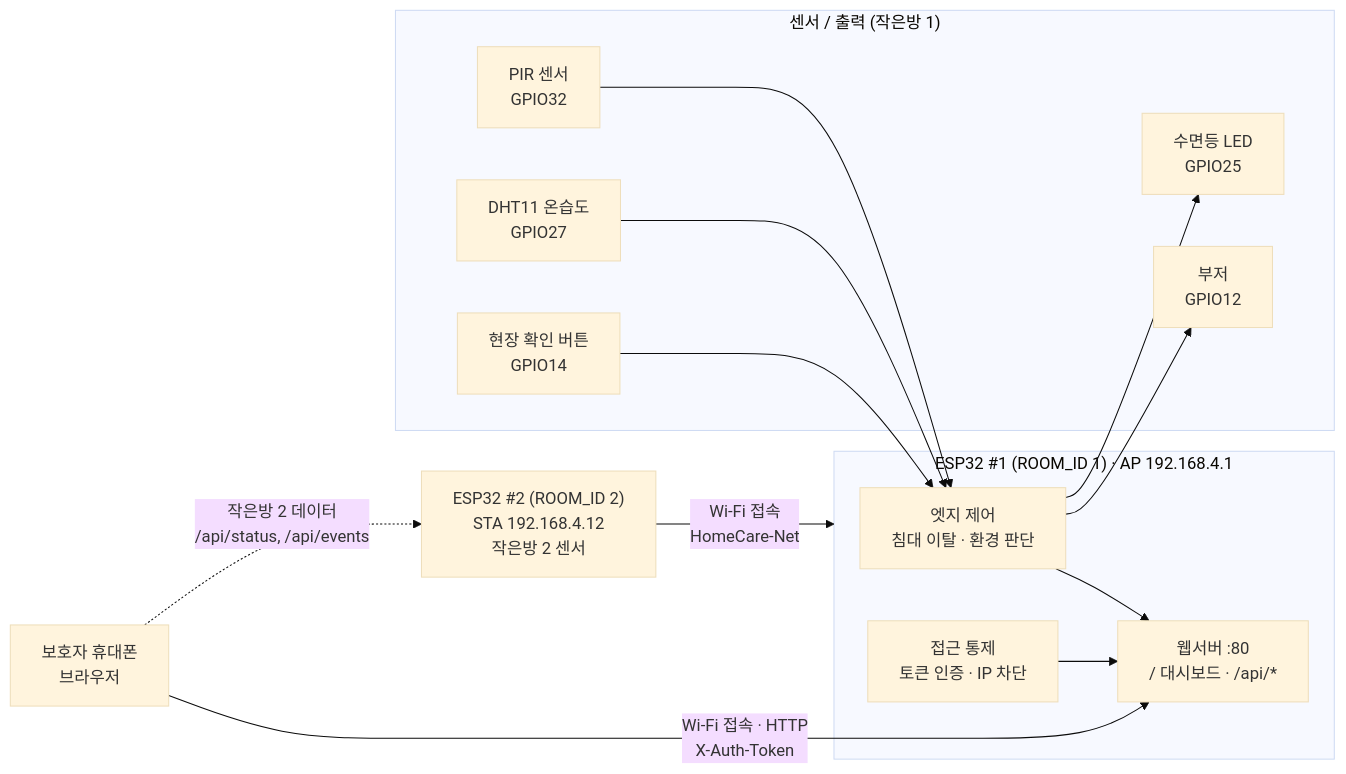
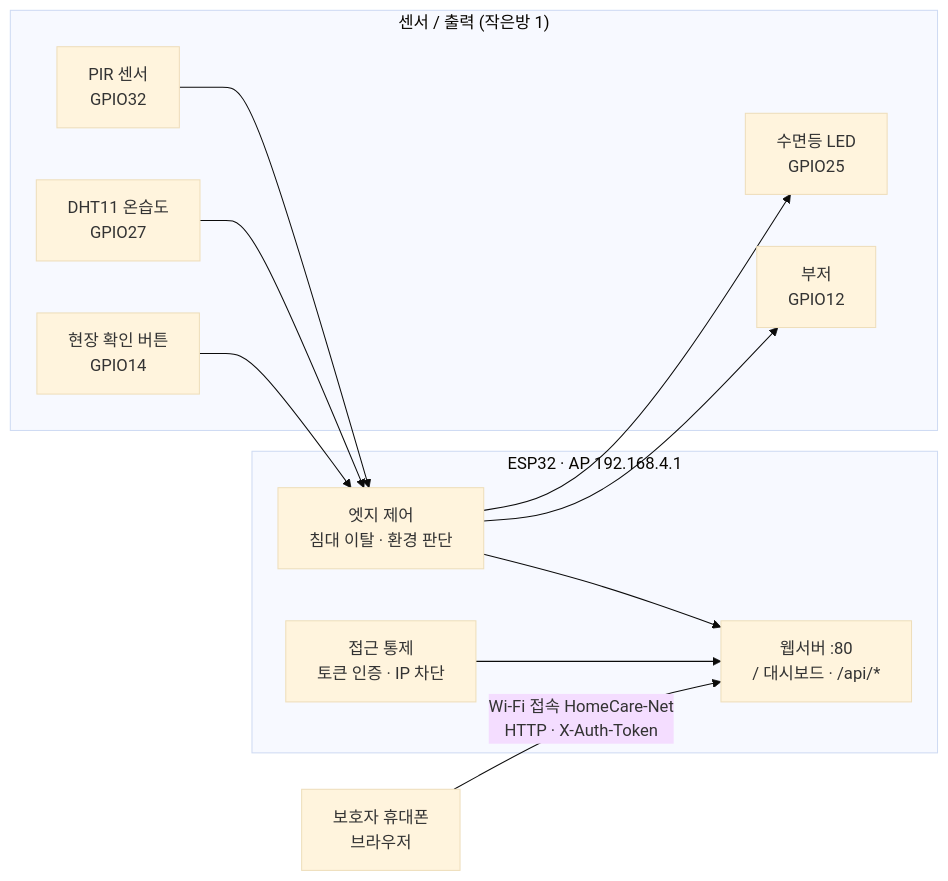
One commit to reru721001-sketch/physical-mission-1 changed the diagram in README.md. Above: the diagram before and after it, drawn with Mermaid (base theme). The commit also changed other lines of this file, not shown here.

Commit message:
README 아키텍처를 보드 1개 구성으로 수정

````diff
--- a/README.md
+++ b/README.md
@@ -7,31 +7,28 @@
 ```mermaid
 flowchart LR
     subgraph Sensors["센서 / 출력 (작은방 1)"]
         PIR["PIR 센서<br/>GPIO32"]
         DHT["DHT11 온습도<br/>GPIO27"]
         BTN["현장 확인 버튼<br/>GPIO14"]
         LED["수면등 LED<br/>GPIO25"]
         BUZ["부저<br/>GPIO12"]
     end
 
-    subgraph ESP1["ESP32 #1 (ROOM_ID 1) · AP 192.168.4.1"]
+    subgraph ESP1["ESP32 · AP 192.168.4.1"]
         EDGE["엣지 제어<br/>침대 이탈 · 환경 판단"]
         AUTH["접근 통제<br/>토큰 인증 · IP 차단"]
         WEB["웹서버 :80<br/>/ 대시보드 · /api/*"]
         EDGE --> WEB
         AUTH --> WEB
     end
 
-    ESP2["ESP32 #2 (ROOM_ID 2)<br/>STA 192.168.4.12<br/>작은방 2 센서"]
     PHONE["보호자 휴대폰<br/>브라우저"]
 
     PIR --> EDGE
     DHT --> EDGE
     BTN --> EDGE
     EDGE --> LED
     EDGE --> BUZ
 
-    ESP2 -- "Wi-Fi 접속<br/>HomeCare-Net" --> ESP1
-    PHONE -- "Wi-Fi 접속 · HTTP<br/>X-Auth-Token" --> WEB
-    PHONE -. "작은방 2 데이터<br/>/api/status, /api/events" .-> ESP2
+    PHONE -- "Wi-Fi 접속 HomeCare-Net<br/>HTTP · X-Auth-Token" --> WEB
 ```
````
